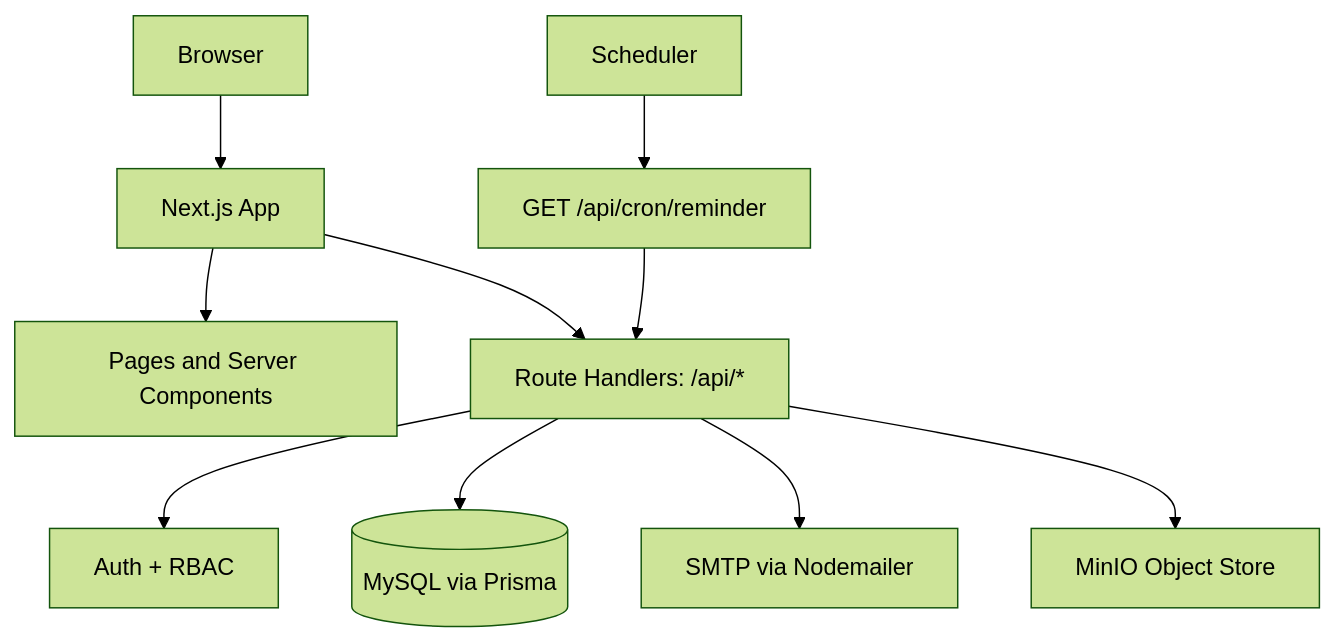
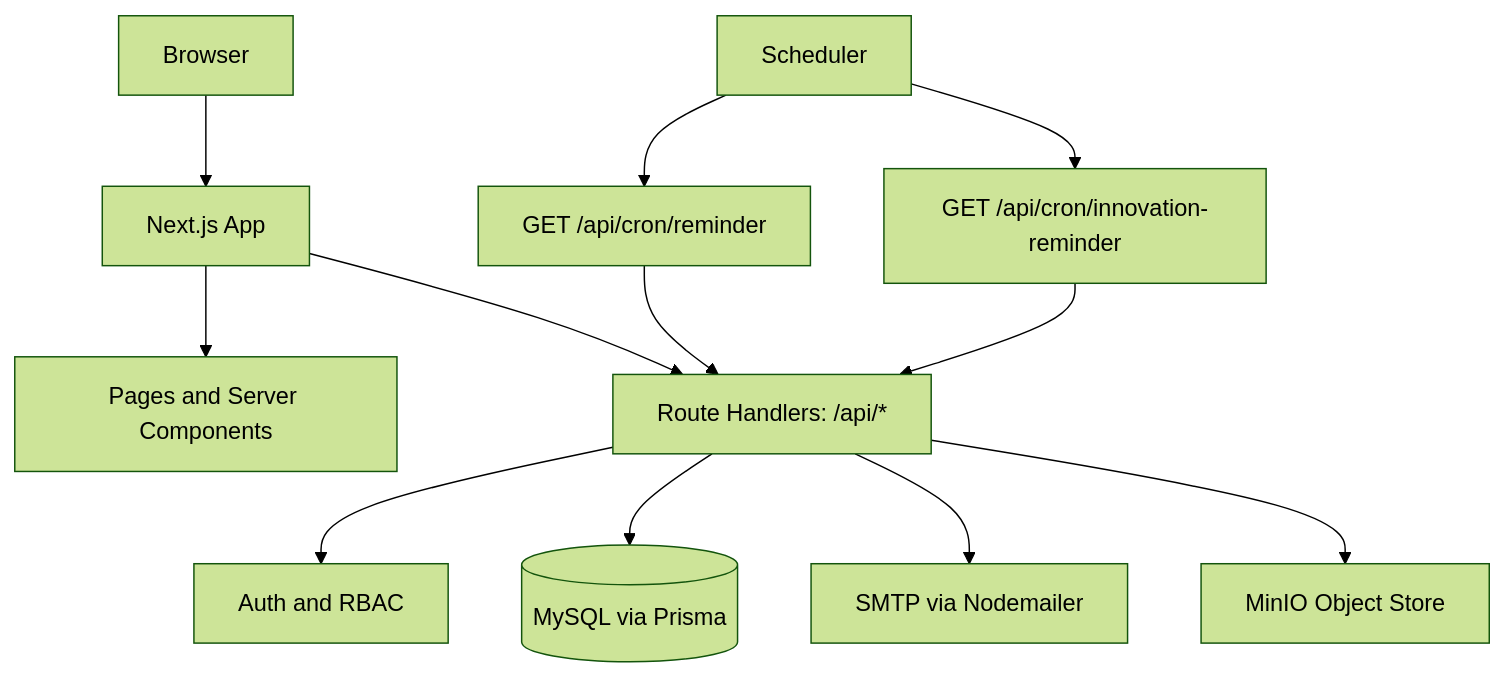
Before and after one commit to Preritkumar16/CoE-Main: the first of 3 diagrams in README.md, drawn with Mermaid (forest theme). The commit also changed other lines of this file and 43 other files, not shown here.

````diff
--- a/README.md
+++ b/README.md
@@ -77,12 +84,14 @@
 ```mermaid
 flowchart TD
   B[Browser] --> N[Next.js App]
   N --> P[Pages and Server Components]
   N --> R[Route Handlers: /api/*]
-  R --> A[Auth + RBAC]
+  R --> A[Auth and RBAC]
   R --> D[(MySQL via Prisma)]
   R --> M[SMTP via Nodemailer]
   R --> S[MinIO Object Store]
-  C[Scheduler] --> CR[GET /api/cron/reminder]
-  CR --> R
+  C[Scheduler] --> CR1[GET /api/cron/reminder]
+  C --> CR2[GET /api/cron/innovation-reminder]
+  CR1 --> R
+  CR2 --> R
 ```
````
